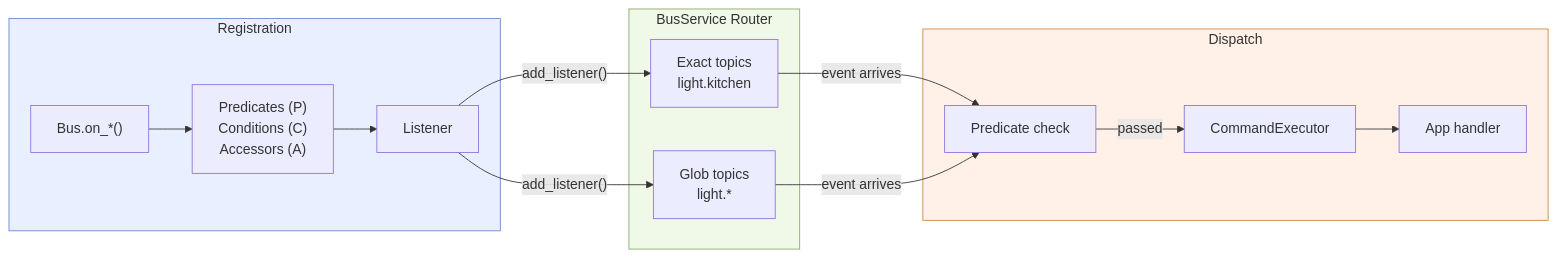
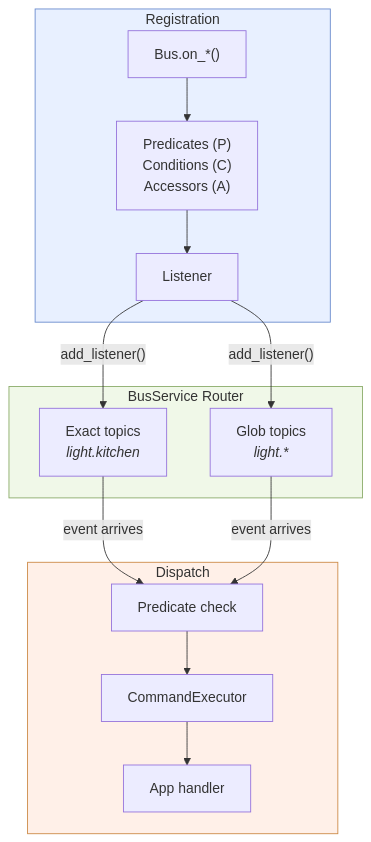
One commit to NodeJSmith/hassette changed the fifth of 10 diagrams in docs/pages/core-concepts/internals.md. Above: the diagram before and after it, drawn with Mermaid. The commit also changed other lines of this file, not shown here.

First line of the commit message:
docs: improve diagram layouts and readability

````diff
--- a/docs/pages/core-concepts/internals.md
+++ b/docs/pages/core-concepts/internals.md
@@ -225,31 +245,31 @@
 ```mermaid
-flowchart LR
+flowchart TD
     accTitle: Bus Event Routing
     accDescr: From app subscription through predicate filtering to handler invocation
 
     subgraph registration["Registration"]
         on["Bus.on_*()"]
         pca["Predicates (P)<br/>Conditions (C)<br/>Accessors (A)"]
         L["Listener"]
         on --> pca --> L
     end
 
     subgraph routing["BusService Router"]
-        exact["Exact topics<br/>light.kitchen"]
-        glob["Glob topics<br/>light.*"]
+        exact["Exact topics<br/><i>light.kitchen</i>"]
+        glob["Glob topics<br/><i>light.*</i>"]
     end
 
     subgraph dispatch["Dispatch"]
         match["Predicate check"]
         exec["CommandExecutor"]
         handler["App handler"]
+        match --> exec --> handler
     end
 
     L -- "add_listener()" --> exact & glob
     exact & glob -- "event arrives" --> match
-    match -- "passed" --> exec --> handler
 
     style registration fill:#e8f0ff,stroke:#6688cc
     style routing fill:#f0f8e8,stroke:#88aa66
     style dispatch fill:#fff0e8,stroke:#cc8844
 ```
````
